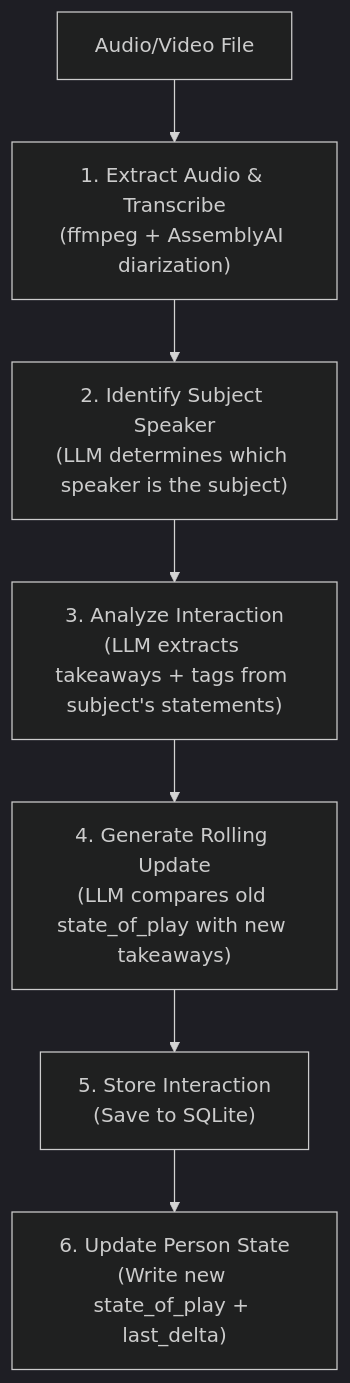
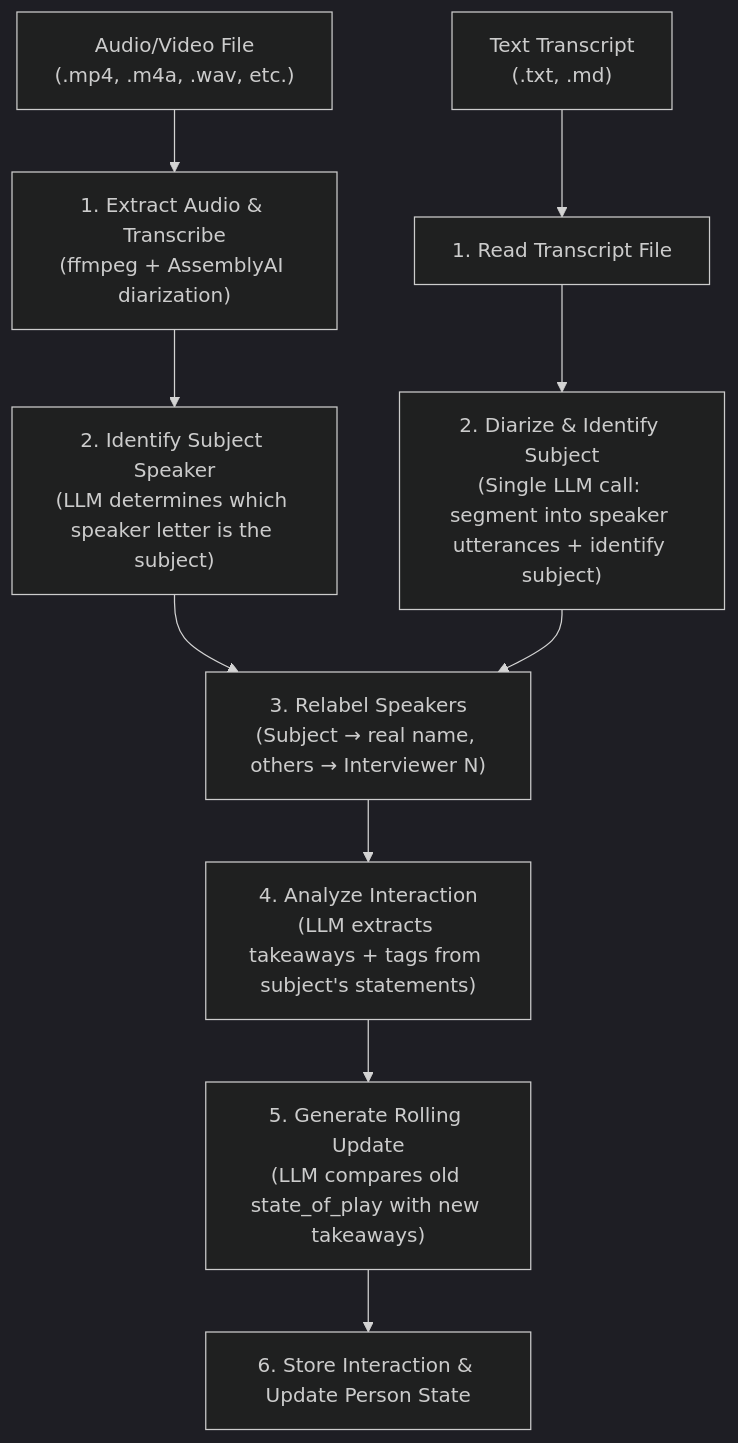
The second of 2 diagrams in README.md (robertdoherty/rolodex), drawn with Mermaid (dark theme) before and after one commit. The commit also changed other lines of this file and 5 other files, not shown here.

First line of the commit message:
Add plain-text transcript ingestion with LLM-based diarization

````diff
--- a/README.md
+++ b/README.md
@@ -127,9 +127,14 @@
 ```mermaid
 flowchart TD
-    A["Audio/Video File"] --> B["1. Extract Audio & Transcribe\n(ffmpeg + AssemblyAI diarization)"]
-    B --> C["2. Identify Subject Speaker\n(LLM determines which speaker is the subject)"]
-    C --> D["3. Analyze Interaction\n(LLM extracts takeaways + tags from subject's statements)"]
-    D --> E["4. Generate Rolling Update\n(LLM compares old state_of_play with new takeaways)"]
-    E --> F["5. Store Interaction\n(Save to SQLite)"]
-    F --> G["6. Update Person State\n(Write new state_of_play + last_delta)"]
+    A["Audio/Video File\n(.mp4, .m4a, .wav, etc.)"] --> B["1. Extract Audio & Transcribe\n(ffmpeg + AssemblyAI diarization)"]
+    B --> C["2. Identify Subject Speaker\n(LLM determines which speaker letter is the subject)"]
+
+    T["Text Transcript\n(.txt, .md)"] --> U["1. Read Transcript File"]
+    U --> V["2. Diarize & Identify Subject\n(Single LLM call: segment into speaker utterances + identify subject)"]
+
+    C --> D["3. Relabel Speakers\n(Subject → real name, others → Interviewer N)"]
+    V --> D
+    D --> E["4. Analyze Interaction\n(LLM extracts takeaways + tags from subject's statements)"]
+    E --> F["5. Generate Rolling Update\n(LLM compares old state_of_play with new takeaways)"]
+    F --> G["6. Store Interaction & Update Person State"]
 ```
````
